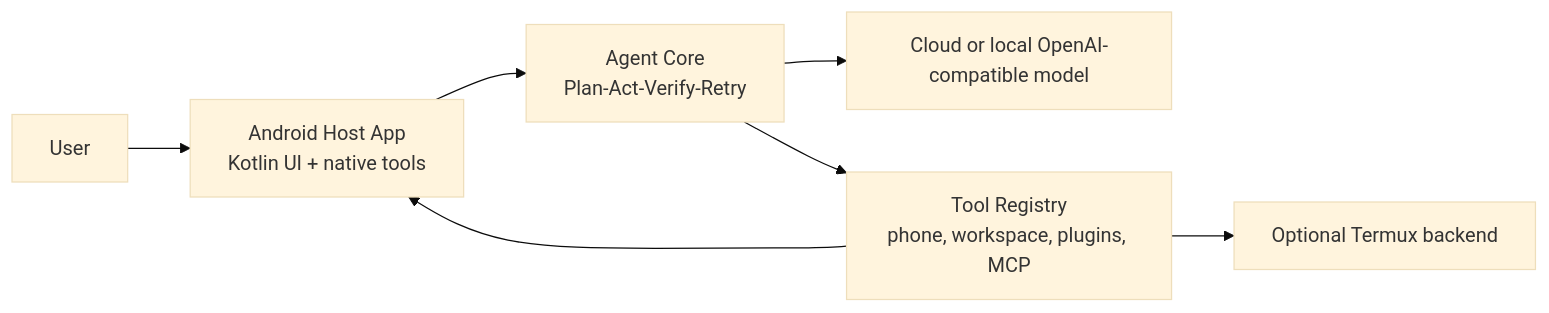
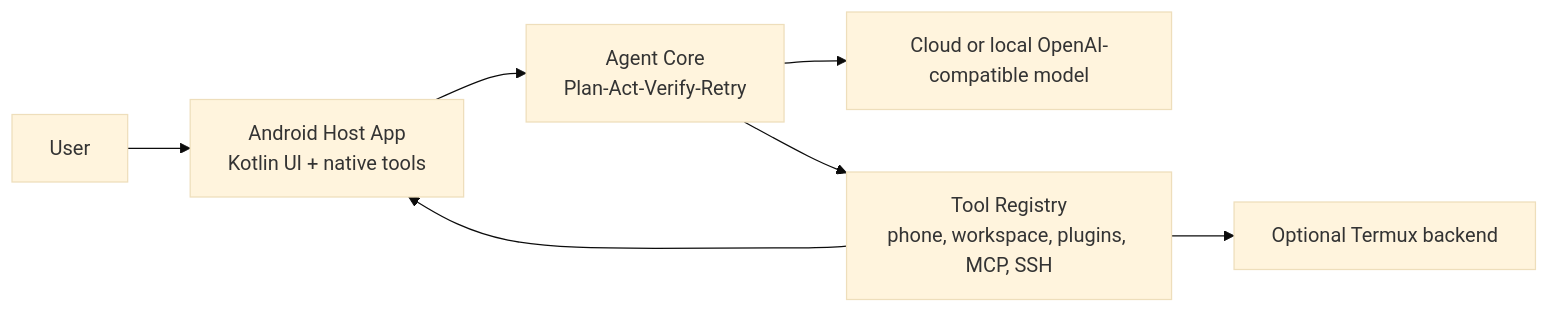
Before and after one commit to tianhao789456/phone-native-agent: the diagram in README.md, drawn with Mermaid (base theme). The commit also changed other lines of this file and 18 other files, not shown here.

````diff
--- a/README.md
+++ b/README.md
@@ -76,16 +80,16 @@
 ```mermaid
 flowchart LR
     User["User"]
     Android["Android Host App<br/>Kotlin UI + native tools"]
     Core["Agent Core<br/>Plan-Act-Verify-Retry"]
-    Tools["Tool Registry<br/>phone, workspace, plugins, MCP"]
+    Tools["Tool Registry<br/>phone, workspace, plugins, MCP, SSH"]
     Termux["Optional Termux backend"]
     Model["Cloud or local OpenAI-compatible model"]
 
     User --> Android
     Android --> Core
     Core --> Model
     Core --> Tools
     Tools --> Android
     Tools --> Termux
 ```
````
